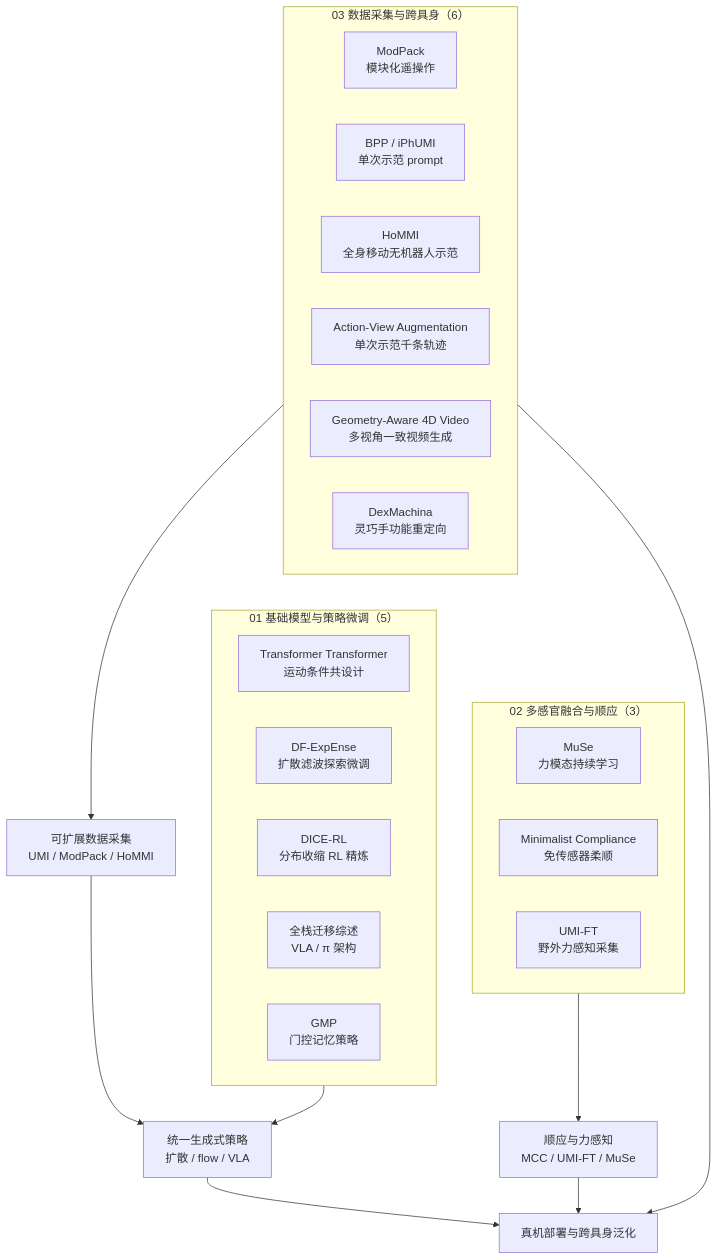
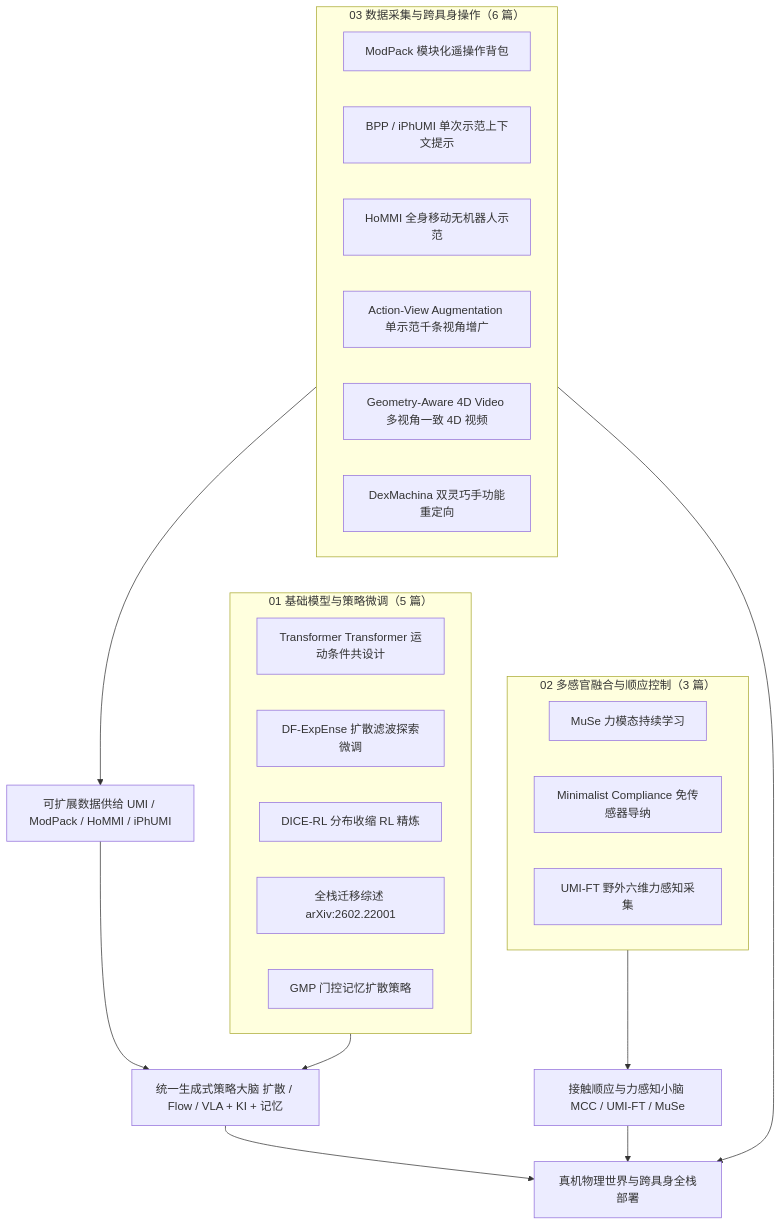
Before and after one commit to ImChong/Robotics_Notebooks: the diagram in wiki/overview/realab-14-papers-technology-map-2026.md, drawn with Mermaid. The commit also changed other lines of this file and 73 other files, not shown here.

````diff
--- a/wiki/overview/realab-14-papers-technology-map-2026.md
+++ b/wiki/overview/realab-14-papers-technology-map-2026.md
@@ -68,33 +79,33 @@
 ```mermaid
 flowchart TB
-  subgraph G1["01 基础模型与策略微调（5）"]
-    TT["Transformer Transformer\n运动条件共设计"]
-    DFE["DF-ExpEnse\n扩散滤波探索微调"]
-    DICE["DICE-RL\n分布收缩 RL 精炼"]
-    SURV["全栈迁移综述\nVLA / π 架构"]
-    GMP["GMP\n门控记忆策略"]
+  subgraph G1["01 基础模型与策略微调（5 篇）"]
+    TT["Transformer Transformer 运动条件共设计"]
+    DFE["DF-ExpEnse 扩散滤波探索微调"]
+    DICE["DICE-RL 分布收缩 RL 精炼"]
+    SURV["全栈迁移综述 arXiv:2602.22001"]
+    GMP["GMP 门控记忆扩散策略"]
   end
-  subgraph G2["02 多感官融合与顺应（3）"]
-    MUSE["MuSe\n力模态持续学习"]
-    MCC["Minimalist Compliance\n免传感器柔顺"]
-    UMIFT["UMI-FT\n野外力感知采集"]
+  subgraph G2["02 多感官融合与顺应控制（3 篇）"]
+    MUSE["MuSe 力模态持续学习"]
+    MCC["Minimalist Compliance 免传感器导纳"]
+    UMIFT["UMI-FT 野外六维力感知采集"]
   end
-  subgraph G3["03 数据采集与跨具身（6）"]
-    MOD["ModPack\n模块化遥操作"]
-    BPP["BPP / iPhUMI\n单次示范 prompt"]
-    HOM["HoMMI\n全身移动无机器人示范"]
-    AVA["Action-View Augmentation\n单次示范千条轨迹"]
-    G4D["Geometry-Aware 4D Video\n多视角一致视频生成"]
-    DEX["DexMachina\n灵巧手功能重定向"]
+  subgraph G3["03 数据采集与跨具身操作（6 篇）"]
+    MOD["ModPack 模块化遥操作背包"]
+    BPP["BPP / iPhUMI 单次示范上下文提示"]
+    HOM["HoMMI 全身移动无机器人示范"]
+    AVA["Action-View Augmentation 单示范千条视角增广"]
+    G4D["Geometry-Aware 4D Video 多视角一致 4D 视频"]
+    DEX["DexMachina 双灵巧手功能重定向"]
   end
-  DATA["可扩展数据采集\nUMI / ModPack / HoMMI"]
-  BRAIN["统一生成式策略\n扩散 / flow / VLA"]
-  BODY["顺应与力感知\nMCC / UMI-FT / MuSe"]
+  DATA["可扩展数据供给 UMI / ModPack / HoMMI / iPhUMI"]
+  BRAIN["统一生成式策略大脑 扩散 / Flow / VLA + KI + 记忆"]
+  BODY["接触顺应与力感知小脑 MCC / UMI-FT / MuSe"]
   G3 --> DATA
   DATA --> BRAIN
   G1 --> BRAIN
   G2 --> BODY
-  BRAIN --> DEPLOY["真机部署与跨具身泛化"]
+  BRAIN --> DEPLOY["真机物理世界与跨具身全栈部署"]
   BODY --> DEPLOY
   G3 --> DEPLOY
 ```
````
